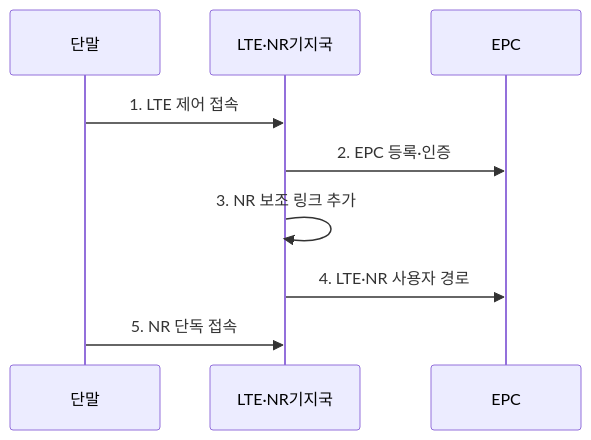
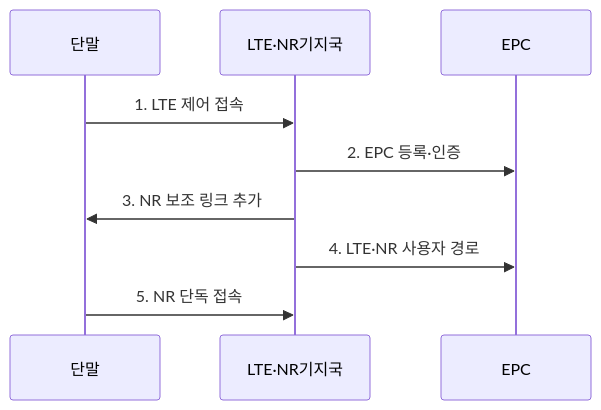
One commit to agnusdei1207/knowledge-base changed the second of 2 diagrams in src/content/docs/notes/04-network/037_5g_sa_nsa.md. Above: the diagram before and after it, drawn with Mermaid. The commit also changed other lines of this file and 122 other files, not shown here.

````diff
--- a/src/content/docs/notes/04-network/037_5g_sa_nsa.md
+++ b/src/content/docs/notes/04-network/037_5g_sa_nsa.md
@@ -80,11 +80,11 @@
 ```mermaid
 sequenceDiagram
     participant 단말
     participant LTE·NR기지국
     participant EPC
     단말->>LTE·NR기지국: 1. LTE 제어 접속
     LTE·NR기지국->>EPC: 2. EPC 등록·인증
-    LTE·NR기지국->>LTE·NR기지국: 3. NR 보조 링크 추가
+    LTE·NR기지국->>단말: 3. NR 보조 링크 추가
     LTE·NR기지국->>EPC: 4. LTE·NR 사용자 경로
     단말->>LTE·NR기지국: 5. NR 단독 접속
 ```
````
